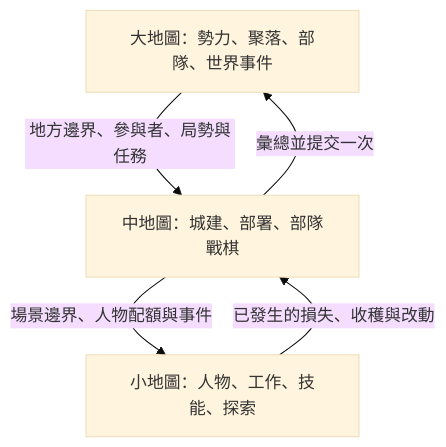
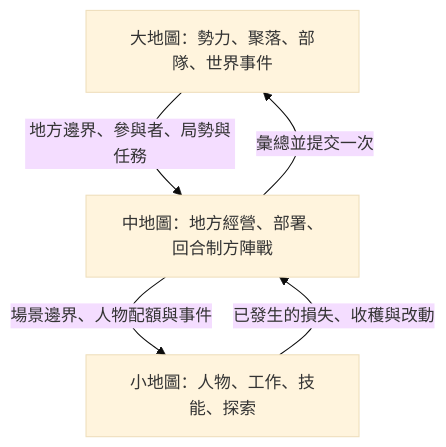
One commit to justty32/aetheria changed the diagram in wf/workflows/plan/living-world/roadmap-three-layers.md. Above: the diagram before and after it, drawn with Mermaid (base theme). The commit also changed 17 other files, not shown here.

````diff
--- a/wf/workflows/plan/living-world/roadmap-three-layers.md
+++ b/wf/workflows/plan/living-world/roadmap-three-layers.md
@@ -54,10 +54,10 @@
 ```mermaid
 flowchart TD
     W[大地圖：勢力、聚落、部隊、世界事件]
-    S[中地圖：城建、部署、部隊戰棋]
+    S[中地圖：地方經營、部署、回合制方陣戰]
     L[小地圖：人物、工作、技能、探索]
     W -->|地方邊界、參與者、局勢與任務| S
     S -->|場景邊界、人物配額與事件| L
     L -->|已發生的損失、收穫與改動| S
     S -->|彙總並提交一次| W
 ```
````
